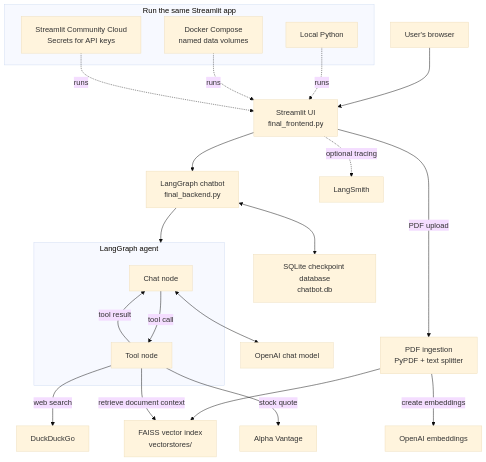
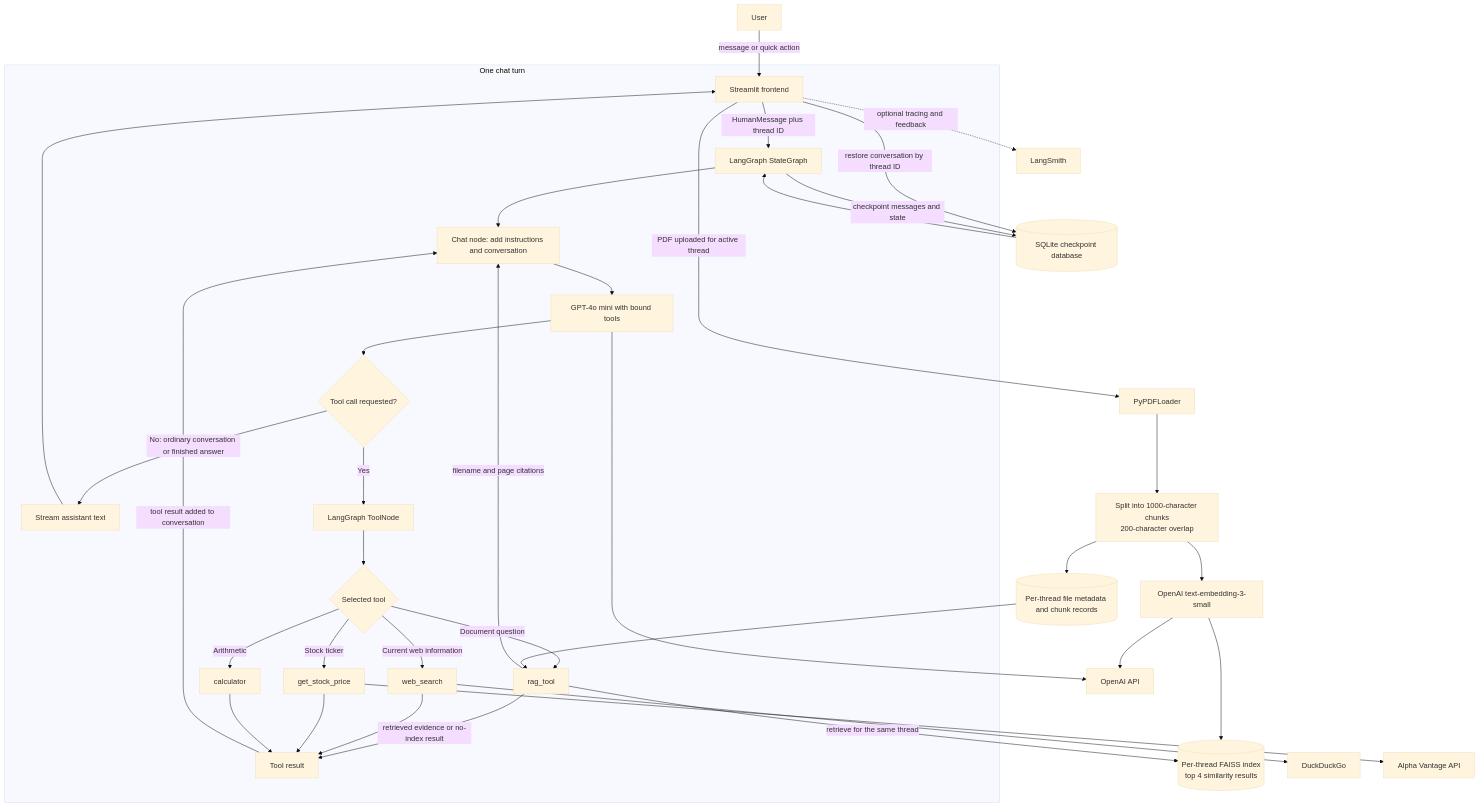
The diagram in README.md (mr360cool/Multi-Utility-Chatbot), drawn with Mermaid (base theme) before and after one commit. The commit also changed other lines of this file, not shown here.

Commit message:
Explain input routing and project technical design

````diff
--- a/README.md
+++ b/README.md
@@ -8,33 +8,43 @@
 ```mermaid
 flowchart TD
-    User[User's browser] --> UI[Streamlit UI<br/>final_frontend.py]
-    UI --> Graph[LangGraph chatbot<br/>final_backend.py]
+    User[User] -->|message or quick action| UI[Streamlit frontend]
+    UI -->|HumanMessage plus thread ID| Graph[LangGraph StateGraph]
+    UI -->|restore conversation by thread ID| DB[(SQLite checkpoint database)]
+    DB --> Graph
 
-    subgraph Agent["LangGraph agent"]
-        Chat[Chat node] -->|tool call| Tools[Tool node]
-        Tools -->|tool result| Chat
+    subgraph Turn["One chat turn"]
+        Graph --> Chat[Chat node: add instructions and conversation]
+        Chat --> Model[GPT-4o mini with bound tools]
+        Model --> Route{Tool call requested?}
+        Route -->|No: ordinary conversation or finished answer| Stream[Stream assistant text]
+        Route -->|Yes| ToolNode[LangGraph ToolNode]
+        ToolNode --> ToolChoice{Selected tool}
+        ToolChoice -->|Document question| RAG[rag_tool]
+        ToolChoice -->|Current web information| Web[web_search]
+        ToolChoice -->|Stock ticker| Stock[get_stock_price]
+        ToolChoice -->|Arithmetic| Calc[calculator]
+        RAG -->|retrieved evidence or no-index result| ToolResult[Tool result]
+        Web --> ToolResult
+        Stock --> ToolResult
+        Calc --> ToolResult
+        ToolResult -->|tool result added to conversation| Chat
+        Stream --> UI
     end
 
-    Graph --> Agent
-    Chat <--> LLM[OpenAI chat model]
-    Graph <--> Checkpointer[SQLite checkpoint database<br/>chatbot.db]
+    UI -->|PDF uploaded for active thread| Parse[PyPDFLoader]
+    Parse --> Split[Split into 1000-character chunks<br/>200-character overlap]
+    Split --> Embed[OpenAI text-embedding-3-small]
+    Embed --> Index[(Per-thread FAISS index<br/>top 4 similarity results)]
+    Split --> Metadata[(Per-thread file metadata and chunk records)]
+    RAG -->|retrieve for the same thread| Index
+    RAG -->|filename and page citations| Chat
+    Metadata --> RAG
 
-    UI -->|PDF upload| Ingest[PDF ingestion<br/>PyPDF + text splitter]
-    Ingest -->|create embeddings| Embeddings[OpenAI embeddings]
-    Ingest --> Index[FAISS vector index<br/>vectorstores/]
-    Tools -->|retrieve document context| Index
+    Web --> DDG[DuckDuckGo]
+    Stock --> AV[Alpha Vantage API]
+    Model --> OpenAI[OpenAI API]
+    Embed --> OpenAI
 
-    Tools -->|web search| Search[DuckDuckGo]
-    Tools -->|stock quote| Stocks[Alpha Vantage]
-    UI -. optional tracing .-> LangSmith[LangSmith]
-
-    subgraph Hosting["Run the same Streamlit app"]
-        Local[Local Python]
-        Docker[Docker Compose<br/>named data volumes]
-        Cloud[Streamlit Community Cloud<br/>Secrets for API keys]
-    end
-
-    Local -. runs .-> UI
-    Docker -. runs .-> UI
-    Cloud -. runs .-> UI
+    Graph -->|checkpoint messages and state| DB
+    UI -. optional tracing and feedback .-> LS[LangSmith]
 ```
````
